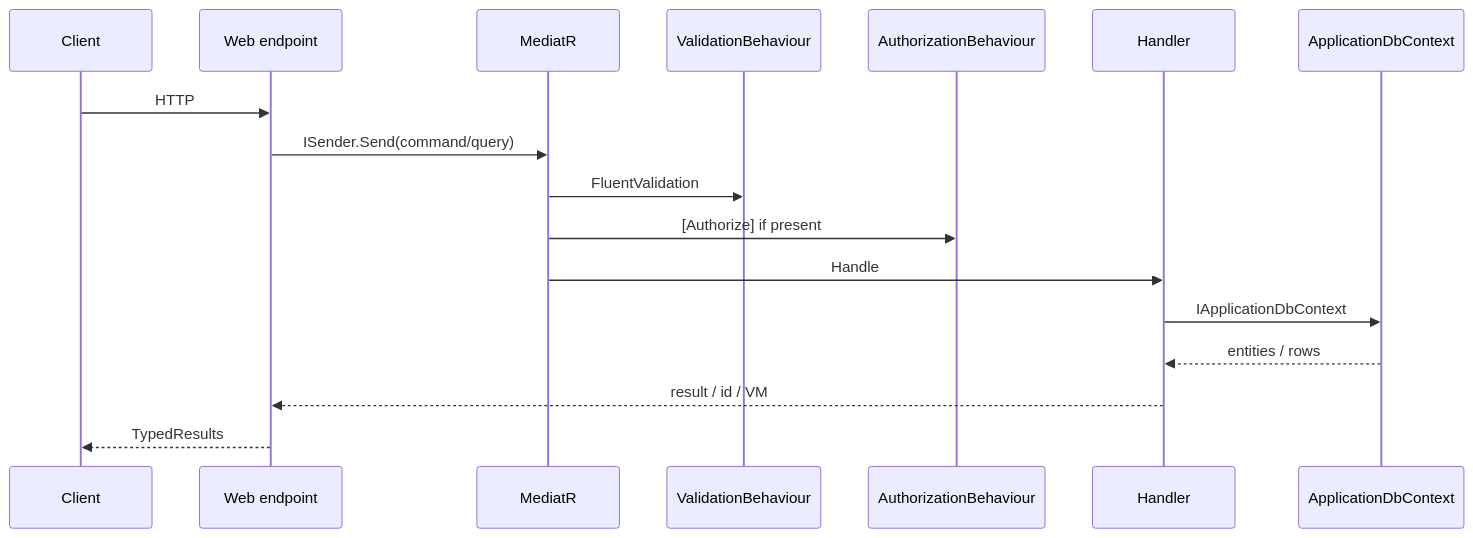
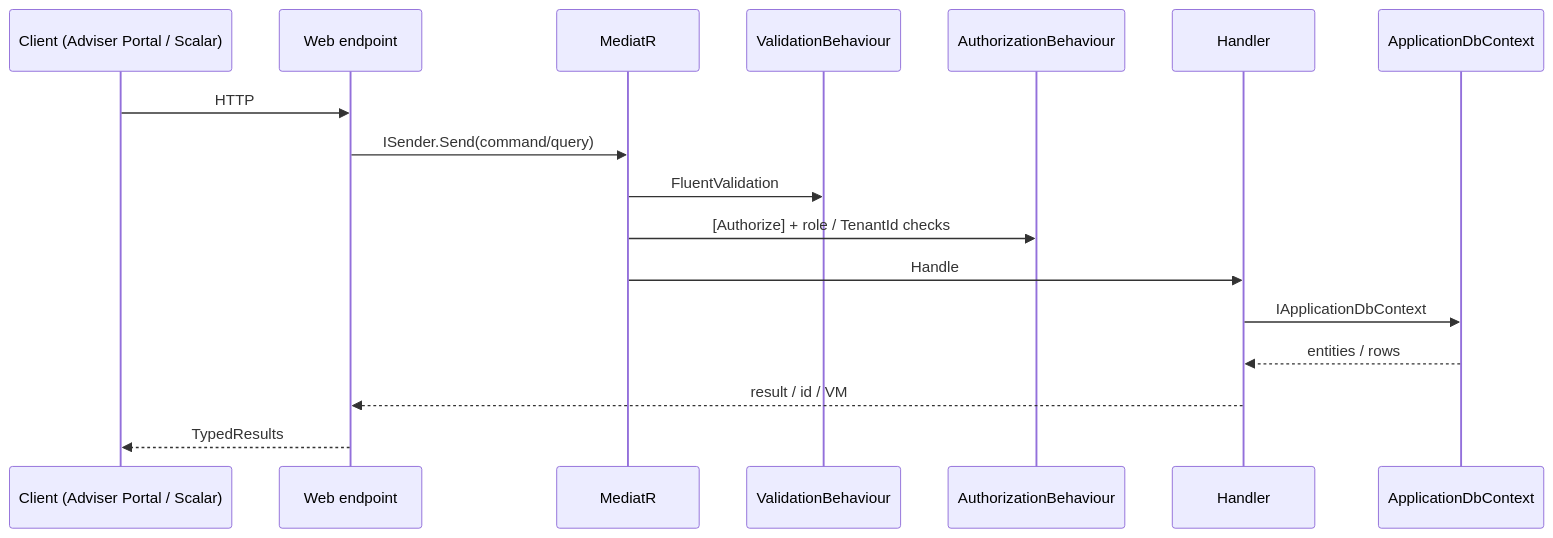
One commit to louis297/MyWealth changed the second of 2 diagrams in docs/architecture.md. Above: the diagram before and after it, drawn with Mermaid. The commit also changed other lines of this file, not shown here.

Commit message:
first version of architecture.md

````diff
--- a/docs/architecture.md
+++ b/docs/architecture.md
@@ -58,20 +88,20 @@
 ```mermaid
 sequenceDiagram
-  participant C as Client
+  participant C as Client (Adviser Portal / Scalar)
   participant E as Web endpoint
   participant M as MediatR
   participant V as ValidationBehaviour
   participant A as AuthorizationBehaviour
   participant H as Handler
   participant Db as ApplicationDbContext
 
   C->>E: HTTP
   E->>M: ISender.Send(command/query)
   M->>V: FluentValidation
-  M->>A: [Authorize] if present
+  M->>A: [Authorize] + role / TenantId checks
   M->>H: Handle
   H->>Db: IApplicationDbContext
   Db-->>H: entities / rows
   H-->>E: result / id / VM
   E-->>C: TypedResults
 ```
````
